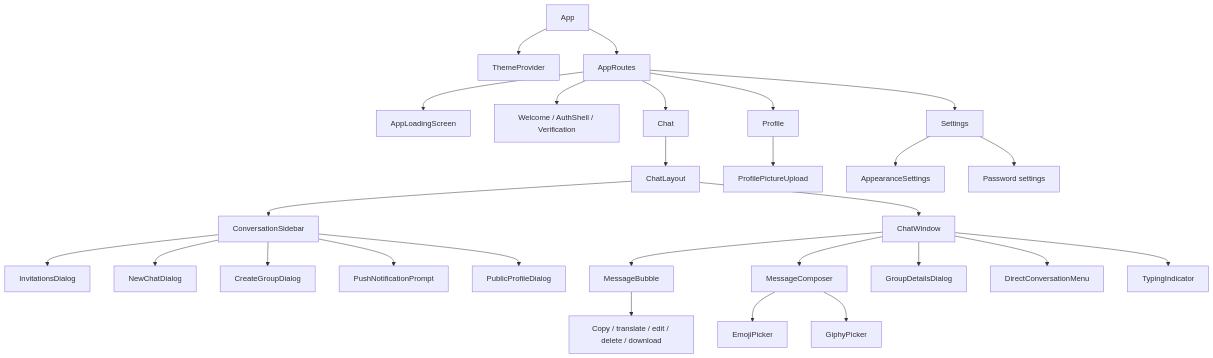
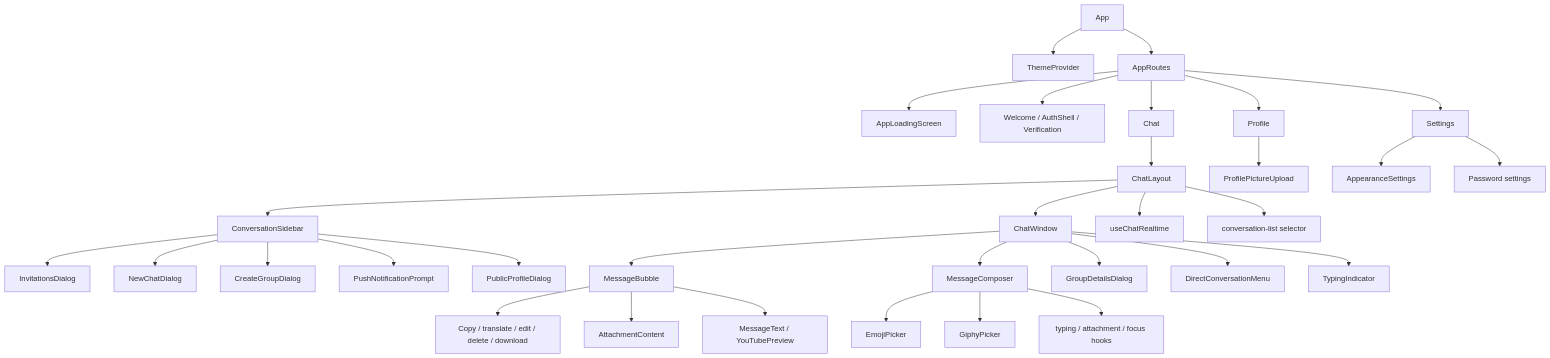
The first of 3 diagrams in docs/06-frontend-design.md (Saurav11343/click-chat), drawn with Mermaid before and after one commit. The commit also changed other lines of this file and 183 other files, not shown here.

````diff
--- a/docs/06-frontend-design.md
+++ b/docs/06-frontend-design.md
@@ -24,29 +44,34 @@
 ```mermaid
 flowchart TD
     APP["App"] --> TP["ThemeProvider"]
     APP --> RT["AppRoutes"]
     RT --> LOAD["AppLoadingScreen"]
     RT --> PUB["Welcome / AuthShell / Verification"]
     RT --> CHAT["Chat"]
     RT --> PROFILE["Profile"]
     RT --> SETTINGS["Settings"]
     CHAT --> LAYOUT["ChatLayout"]
     LAYOUT --> SIDE["ConversationSidebar"]
     LAYOUT --> WIN["ChatWindow"]
+    LAYOUT --> REALTIME["useChatRealtime"]
+    LAYOUT --> SELECTOR["conversation-list selector"]
     SIDE --> INV["InvitationsDialog"]
     SIDE --> NEW["NewChatDialog"]
     SIDE --> CREATE["CreateGroupDialog"]
     SIDE --> PUSH["PushNotificationPrompt"]
     SIDE --> PUBPRO["PublicProfileDialog"]
     WIN --> BUB["MessageBubble"]
     WIN --> COMP["MessageComposer"]
     WIN --> GROUP["GroupDetailsDialog"]
     WIN --> DIRECT["DirectConversationMenu"]
     WIN --> TYPE["TypingIndicator"]
     BUB --> ACTIONS["Copy / translate / edit / delete / download"]
+    BUB --> ATTACH["AttachmentContent"]
+    BUB --> TEXT["MessageText / YouTubePreview"]
     COMP --> EMOJI["EmojiPicker"]
     COMP --> GIPHY["GiphyPicker"]
+    COMP --> CHOOKS["typing / attachment / focus hooks"]
     PROFILE --> PIC["ProfilePictureUpload"]
     SETTINGS --> APPEAR["AppearanceSettings"]
     SETTINGS --> SECURITY["Password settings"]
 ```
````
